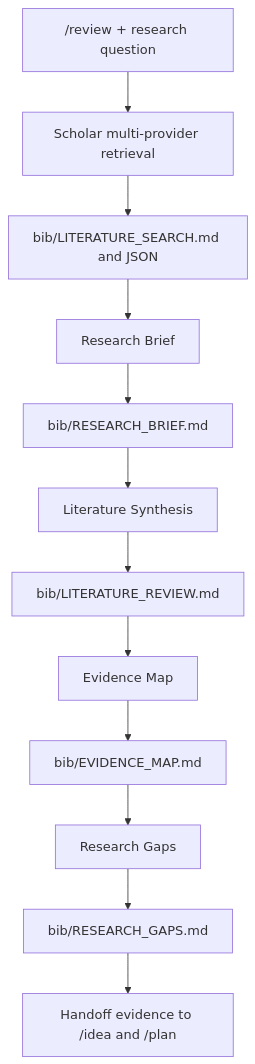
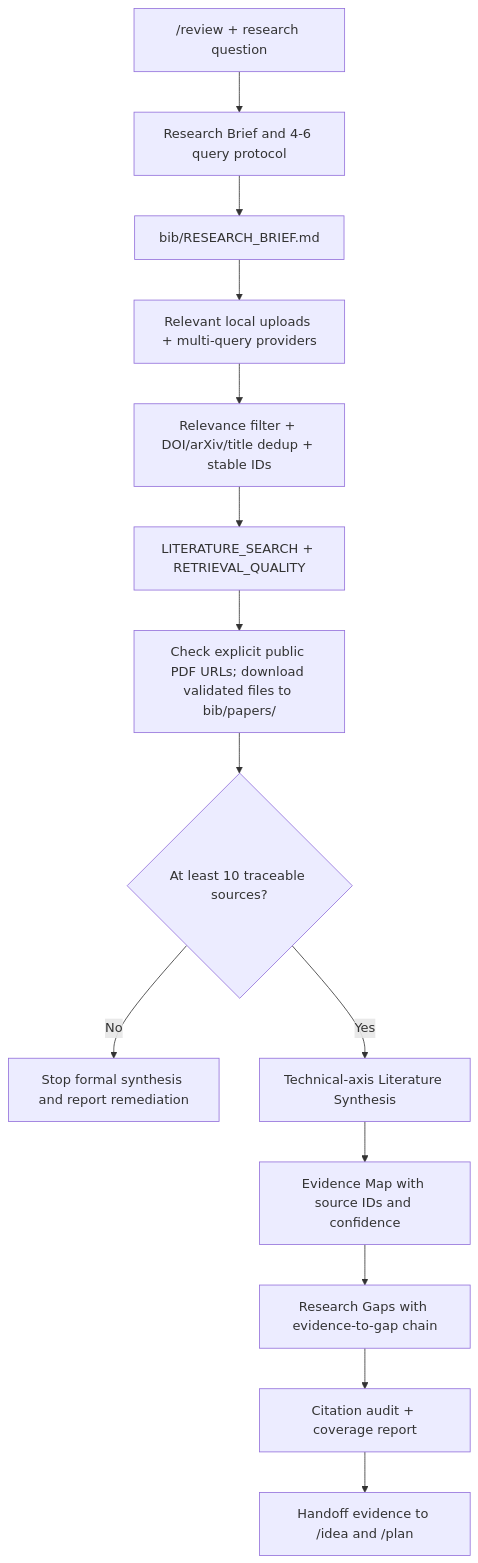
One commit to Amber-December/research-agent-platform changed the second of 8 diagrams in docs/workflow-command-flows.md. Above: the diagram before and after it, drawn with Mermaid. The commit also changed other lines of this file and 384 other files, not shown here.

````diff
--- a/docs/workflow-command-flows.md
+++ b/docs/workflow-command-flows.md
@@ -29,14 +33,16 @@
 ```mermaid
 flowchart TD
-    A["/review + research question"] --> B["Scholar multi-provider retrieval"]
-    B --> B1["bib/LITERATURE_SEARCH.md and JSON"]
-    B1 --> C["Research Brief"]
-    C --> C1["bib/RESEARCH_BRIEF.md"]
-    C1 --> D["Literature Synthesis"]
-    D --> D1["bib/LITERATURE_REVIEW.md"]
-    D1 --> E["Evidence Map"]
-    E --> E1["bib/EVIDENCE_MAP.md"]
-    E1 --> F["Research Gaps"]
-    F --> F1["bib/RESEARCH_GAPS.md"]
-    F1 --> G["Handoff evidence to /idea and /plan"]
+    A["/review + research question"] --> B["Research Brief and 4-6 query protocol"]
+    B --> B1["bib/RESEARCH_BRIEF.md"]
+    B1 --> C["Relevant local uploads + multi-query providers"]
+    C --> D["Relevance filter + DOI/arXiv/title dedup + stable IDs"]
+    D --> D1["LITERATURE_SEARCH + RETRIEVAL_QUALITY"]
+    D1 --> D2["Check explicit public PDF URLs; download validated files to bib/papers/"]
+    D2 --> E{"At least 10 traceable sources?"}
+    E -->|No| F["Stop formal synthesis and report remediation"]
+    E -->|Yes| G["Technical-axis Literature Synthesis"]
+    G --> H["Evidence Map with source IDs and confidence"]
+    H --> I["Research Gaps with evidence-to-gap chain"]
+    I --> J["Citation audit + coverage report"]
+    J --> K["Handoff evidence to /idea and /plan"]
 ```
````
